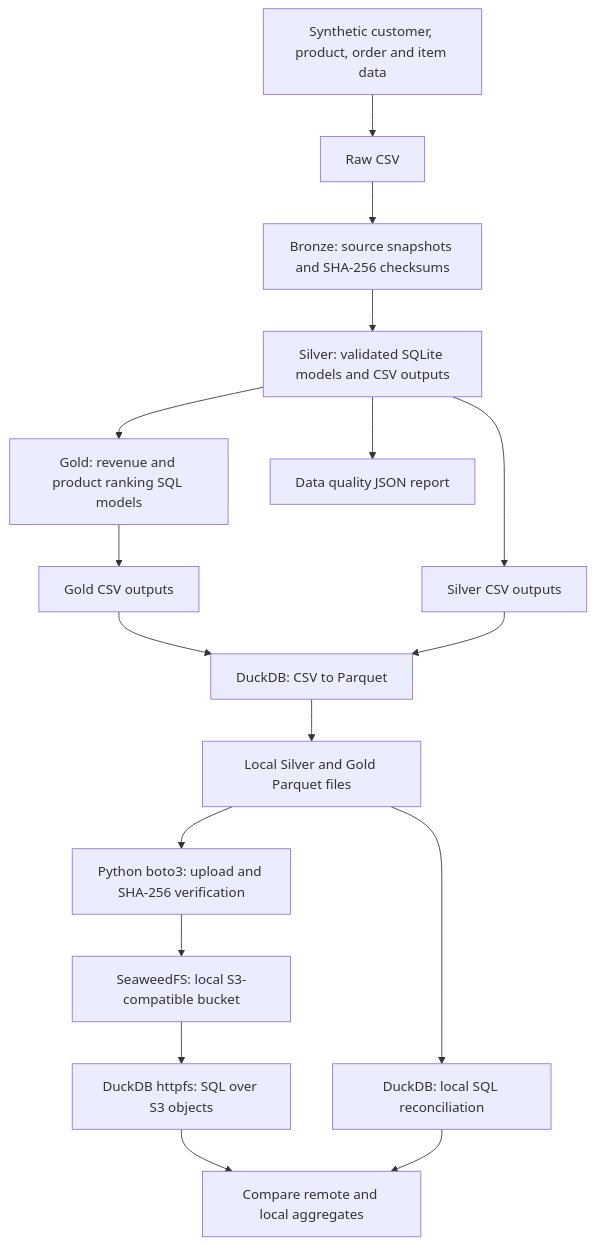
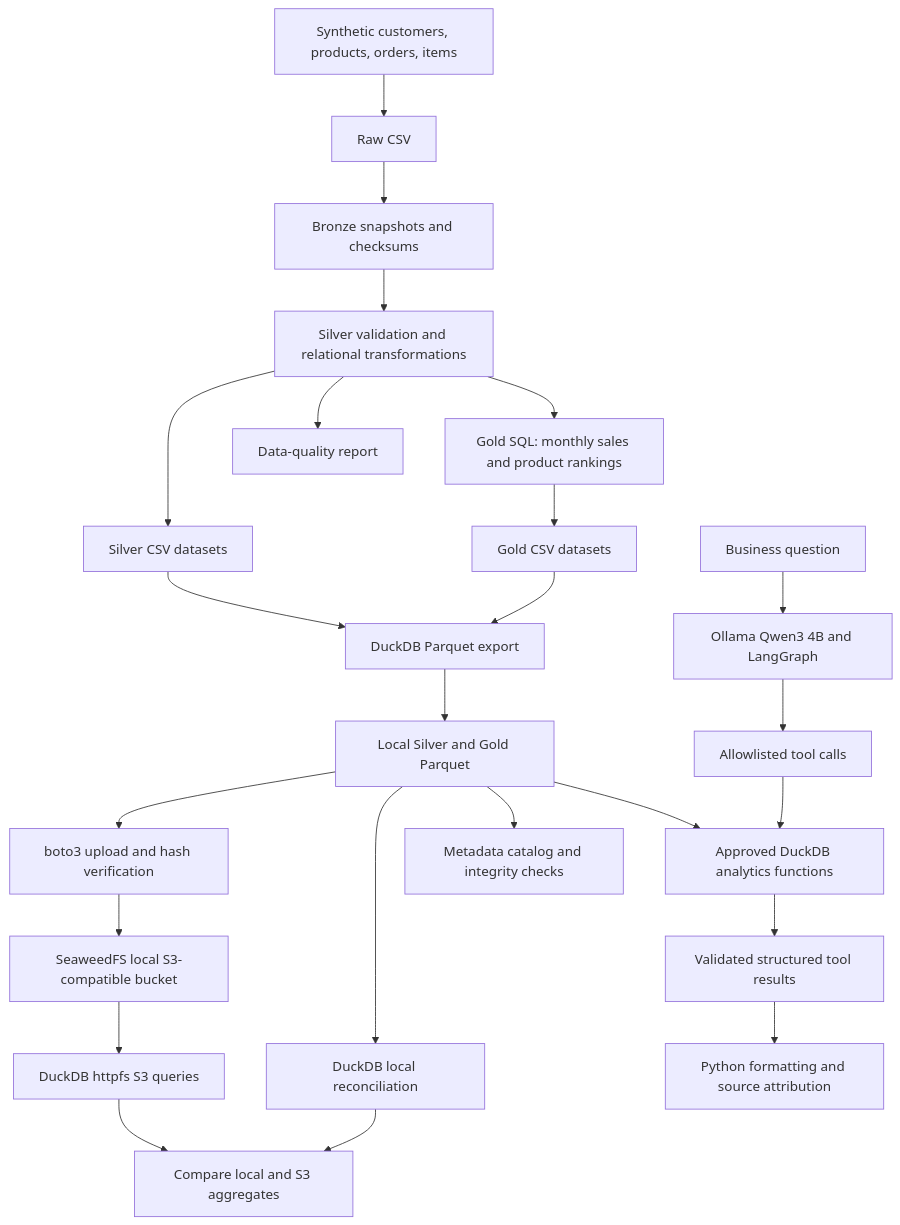
One commit to MariMecucci/beauty-commerce-intelligence changed the diagram in README.md. Above: the diagram before and after it, drawn with Mermaid. The commit also changed other lines of this file, not shown here.

Commit message:
docs: document beauty analytics AI agent architecture

````diff
--- a/README.md
+++ b/README.md
@@ -20,19 +27,26 @@
 ```mermaid
 flowchart TD
-    A[Synthetic customer, product, order and item data] --> B[Raw CSV]
-    B --> C[Bronze: source snapshots and SHA-256 checksums]
-    C --> D[Silver: validated SQLite models and CSV outputs]
-    D --> E[Gold: revenue and product ranking SQL models]
-    E --> F[Gold CSV outputs]
-    D --> G[Silver CSV outputs]
-    F --> H[DuckDB: CSV to Parquet]
+    A[Synthetic customers, products, orders, items] --> B[Raw CSV]
+    B --> C[Bronze snapshots and checksums]
+    C --> D[Silver validation and relational transformations]
+    D --> E[Gold SQL: monthly sales and product rankings]
+    D --> F[Silver CSV datasets]
+    E --> G[Gold CSV datasets]
+    F --> H[DuckDB Parquet export]
     G --> H
-    H --> I[Local Silver and Gold Parquet files]
-    I --> J[Python boto3: upload and SHA-256 verification]
-    J --> K[SeaweedFS: local S3-compatible bucket]
-    K --> L[DuckDB httpfs: SQL over S3 objects]
-    I --> M[DuckDB: local SQL reconciliation]
-    L --> N[Compare remote and local aggregates]
+    H --> I[Local Silver and Gold Parquet]
+    I --> J[boto3 upload and hash verification]
+    J --> K[SeaweedFS local S3-compatible bucket]
+    K --> L[DuckDB httpfs S3 queries]
+    I --> M[DuckDB local reconciliation]
+    L --> N[Compare local and S3 aggregates]
     M --> N
-    D --> Q[Data quality JSON report]
+    I --> O[Approved DuckDB analytics functions]
+    P[Business question] --> Q[Ollama Qwen3 4B and LangGraph]
+    Q --> R[Allowlisted tool calls]
+    R --> O
+    O --> S[Validated structured tool results]
+    S --> T[Python formatting and source attribution]
+    I --> U[Metadata catalog and integrity checks]
+    D --> V[Data-quality report]
 ```
````
